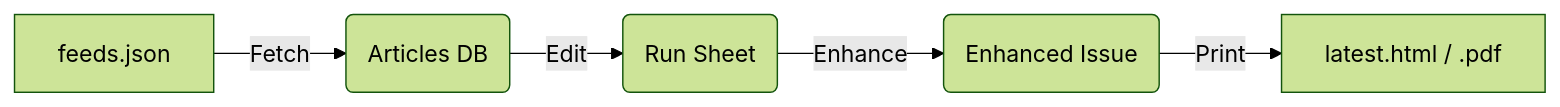
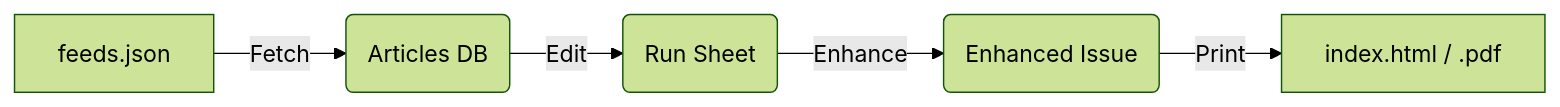
Before and after one commit to maxspevack/fishwrap: the diagram in fishwrap/README.md, drawn with Mermaid (forest theme). The commit also changed other lines of this file and 11 other files, not shown here.

Commit message:
chore: Update docs and default config to index.html

````diff
--- a/fishwrap/README.md
+++ b/fishwrap/README.md
@@ -9,7 +9,7 @@
 ```mermaid
 graph LR
     A[feeds.json] -->|Fetch| B(Articles DB)
     B -->|Edit| C(Run Sheet)
     C -->|Enhance| D(Enhanced Issue)
-    D -->|Print| E[latest.html / .pdf]
+    D -->|Print| E[index.html / .pdf]
 ```
````
